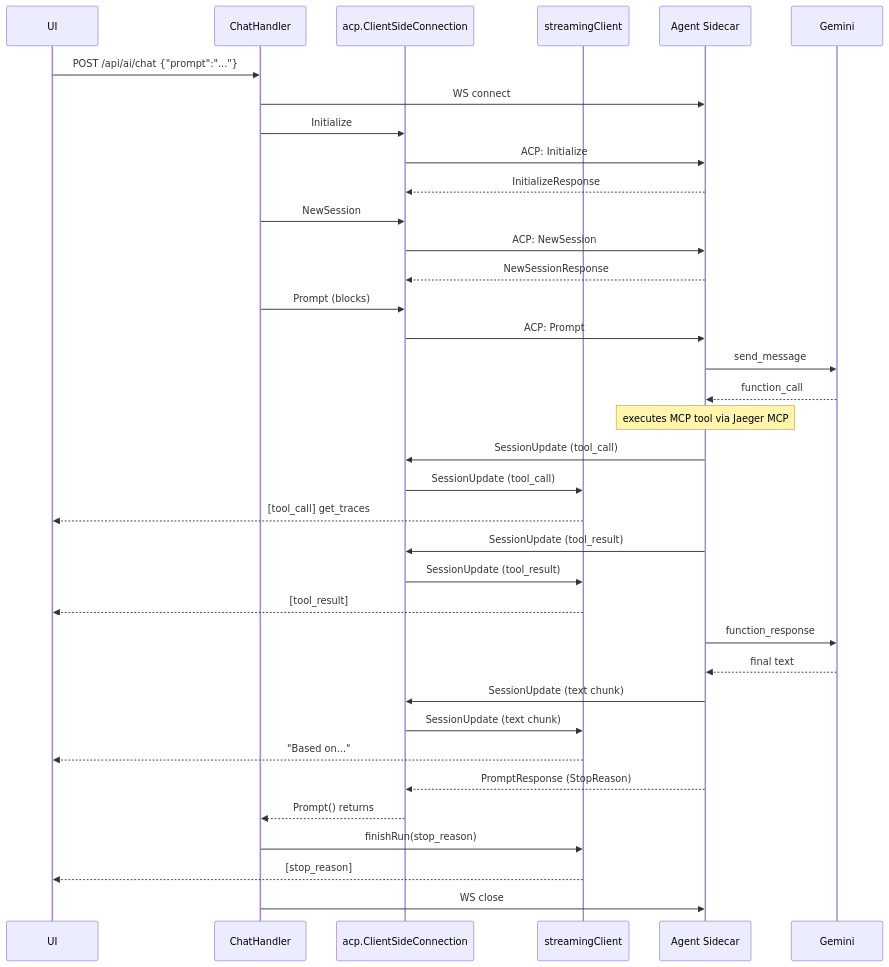
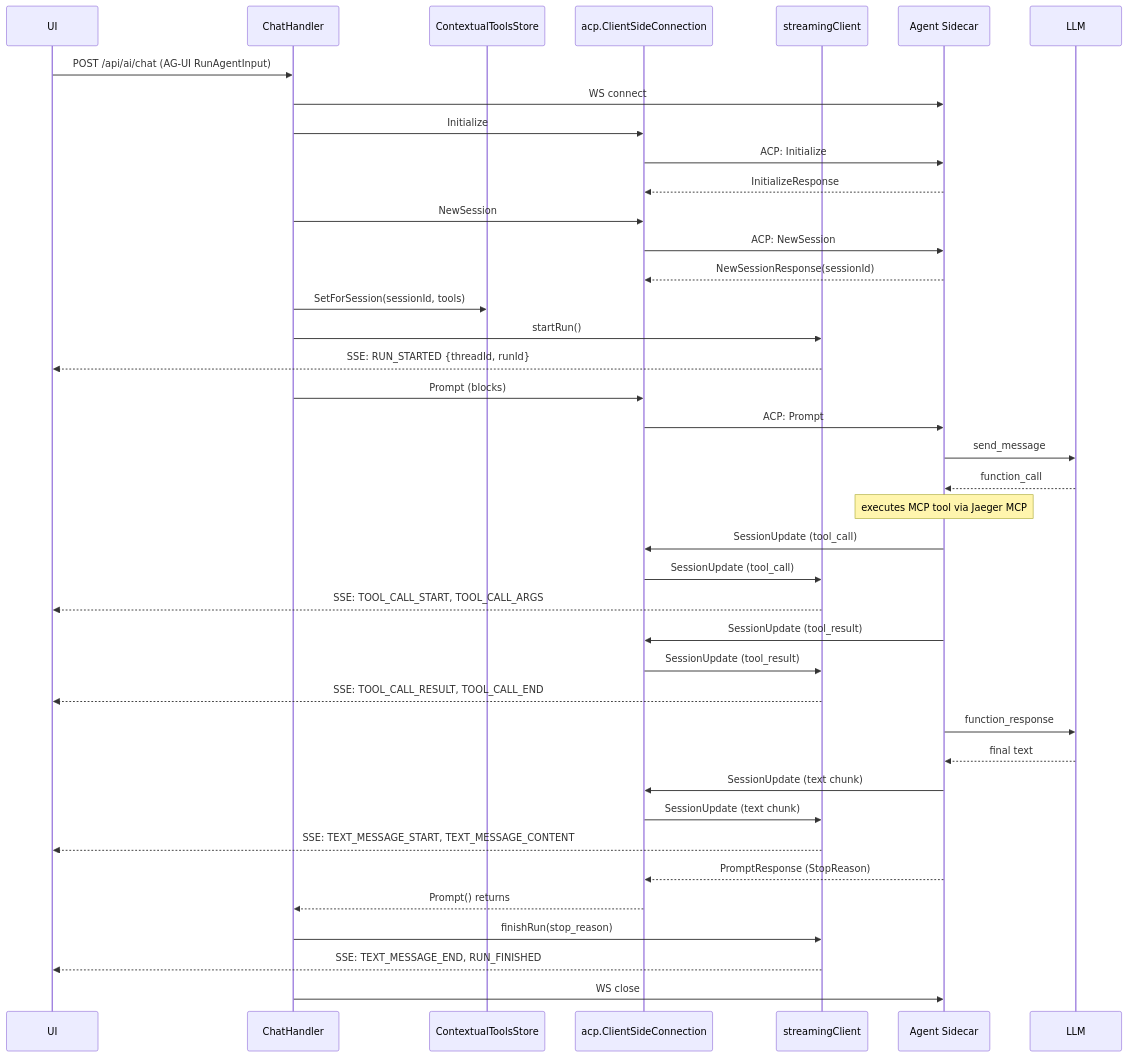
The second of 2 diagrams in cmd/jaeger/internal/extension/jaegerquery/internal/jaegerai/README.md (jaegertracing/jaeger), drawn with Mermaid before and after one commit. The commit also changed other lines of this file and 17 other files, not shown here.

Commit message:
fix: update contextual tools way of implementing so it have standalone package

````diff
--- a/cmd/jaeger/internal/extension/jaegerquery/internal/jaegerai/README.md
+++ b/cmd/jaeger/internal/extension/jaegerquery/internal/jaegerai/README.md
@@ -74,42 +93,46 @@
 ```mermaid
 sequenceDiagram
     participant UI
     participant ChatHandler
+    participant CTX as ContextualToolsStore
     participant acpConn as acp.ClientSideConnection
     participant SC as streamingClient
     participant Sidecar as Agent Sidecar
-    participant Gemini
+    participant LLM
 
-    UI->>ChatHandler: POST /api/ai/chat {"prompt":"..."}
+    UI->>ChatHandler: POST /api/ai/chat (AG-UI RunAgentInput)
     ChatHandler->>Sidecar: WS connect
     ChatHandler->>acpConn: Initialize
     acpConn->>Sidecar: ACP: Initialize
     Sidecar-->>acpConn: InitializeResponse
     ChatHandler->>acpConn: NewSession
     acpConn->>Sidecar: ACP: NewSession
-    Sidecar-->>acpConn: NewSessionResponse
+    Sidecar-->>acpConn: NewSessionResponse(sessionId)
+    ChatHandler->>CTX: SetForSession(sessionId, tools)
+    ChatHandler->>SC: startRun()
+    SC-->>UI: SSE: RUN_STARTED {threadId, runId}
     ChatHandler->>acpConn: Prompt (blocks)
     acpConn->>Sidecar: ACP: Prompt
 
-    Sidecar->>Gemini: send_message
-    Gemini-->>Sidecar: function_call
+    Sidecar->>LLM: send_message
+    LLM-->>Sidecar: function_call
     Note over Sidecar: executes MCP tool via Jaeger MCP
     Sidecar->>acpConn: SessionUpdate (tool_call)
     acpConn->>SC: SessionUpdate (tool_call)
-    SC-->>UI: [tool_call] get_traces
+    SC-->>UI: SSE: TOOL_CALL_START, TOOL_CALL_ARGS
     Sidecar->>acpConn: SessionUpdate (tool_result)
     acpConn->>SC: SessionUpdate (tool_result)
-    SC-->>UI: [tool_result]
-    Sidecar->>Gemini: function_response
-    Gemini-->>Sidecar: final text
+    SC-->>UI: SSE: TOOL_CALL_RESULT, TOOL_CALL_END
+    Sidecar->>LLM: function_response
+    LLM-->>Sidecar: final text
 
     Sidecar->>acpConn: SessionUpdate (text chunk)
     acpConn->>SC: SessionUpdate (text chunk)
-    SC-->>UI: "Based on..."
+    SC-->>UI: SSE: TEXT_MESSAGE_START, TEXT_MESSAGE_CONTENT
 
     Sidecar-->>acpConn: PromptResponse (StopReason)
     acpConn-->>ChatHandler: Prompt() returns
     ChatHandler->>SC: finishRun(stop_reason)
-    SC-->>UI: [stop_reason]
+    SC-->>UI: SSE: TEXT_MESSAGE_END, RUN_FINISHED
     ChatHandler->>Sidecar: WS close
 ```
````
